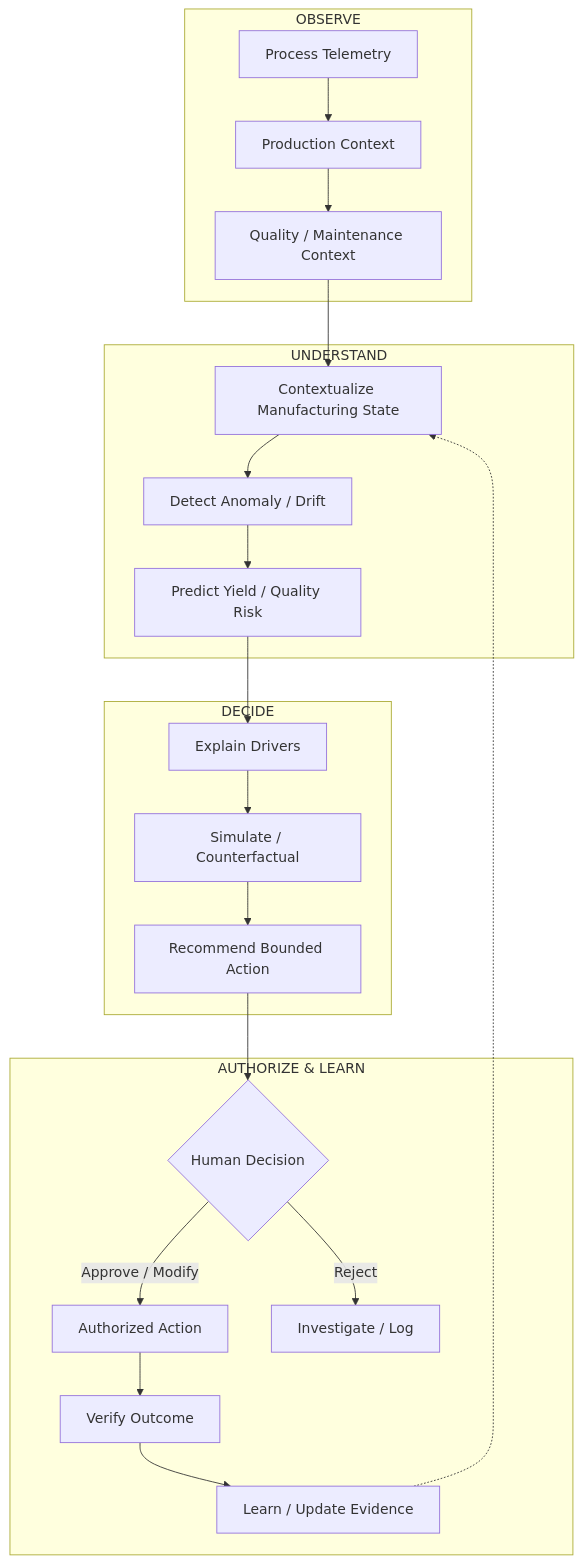
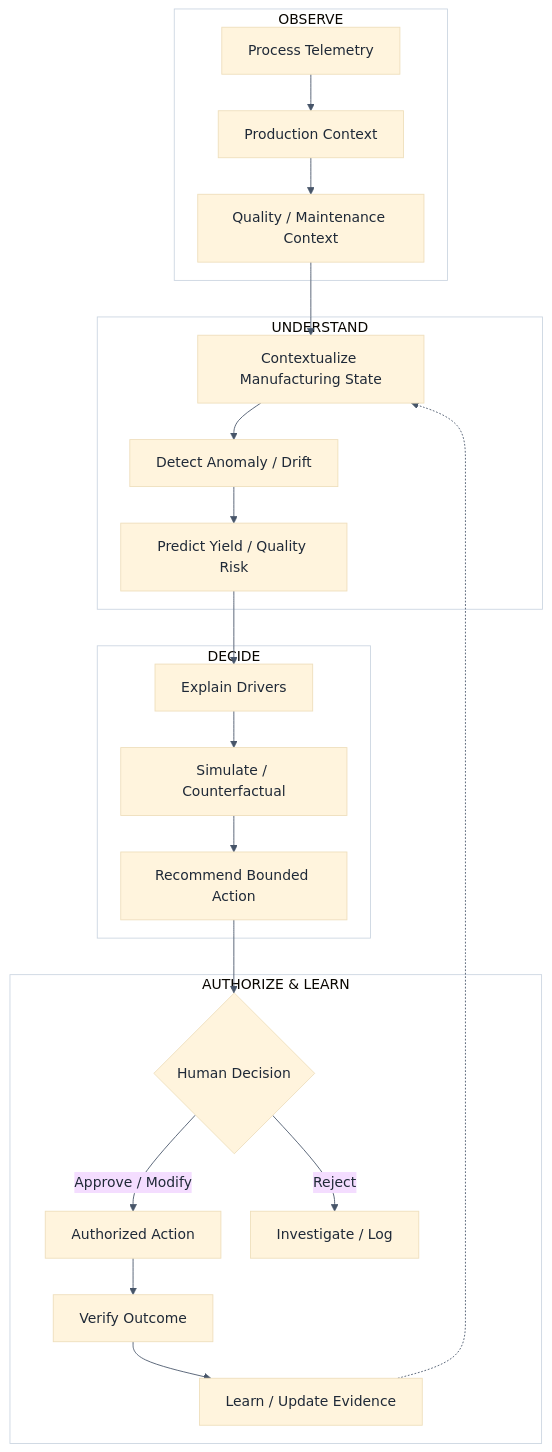
The second of 12 diagrams in docs/architecture/README.md (Douglas-Moore-Engineering/industrial-yield-quality-process-intelligence), drawn with Mermaid before and after one commit. The commit also changed other lines of this file, not shown here.

Commit message:
docs: synchronize rendered architecture index with Mermaid sources

````diff
--- a/docs/architecture/README.md
+++ b/docs/architecture/README.md
@@ -51,25 +53,27 @@
 ```mermaid
+%%{init: {"theme":"base","flowchart":{"curve":"basis","nodeSpacing":34,"rankSpacing":42},"themeVariables":{"fontFamily":"Arial","fontSize":"16px","primaryTextColor":"#1F2937","lineColor":"#475569","clusterBkg":"#FFFFFF","clusterBorder":"#CBD5E1"}}}%%
 flowchart TB
 subgraph L1["OBSERVE"]
   A["Process Telemetry"] --> B["Production Context"]
   B --> C["Quality / Maintenance Context"]
 end
 subgraph L2["UNDERSTAND"]
   C --> D["Contextualize Manufacturing State"]
   D --> E["Detect Anomaly / Drift"]
   E --> F["Predict Yield / Quality Risk"]
 end
 subgraph L3["DECIDE"]
   F --> G["Explain Drivers"]
   G --> H["Simulate / Counterfactual"]
   H --> I["Recommend Bounded Action"]
 end
 subgraph L4["AUTHORIZE & LEARN"]
   I --> J{"Human Decision"}
   J -->|Approve / Modify| K["Authorized Action"]
   J -->|Reject| L["Investigate / Log"]
   K --> M["Verify Outcome"]
   M --> N["Learn / Update Evidence"]
 end
 N -.-> D
+
 ```
````
